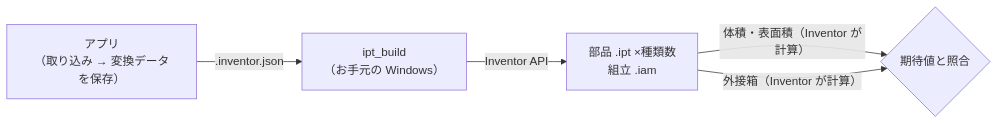
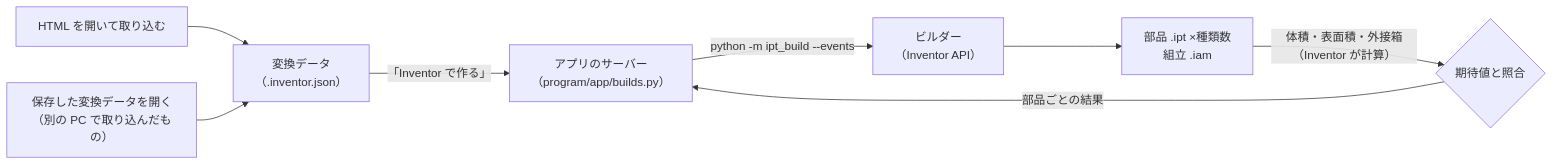
Before and after one commit to satoshi-hello-vlioilv/Inventor: the diagram in docs/inventor-builder.md, drawn with Mermaid. The commit also changed other lines of this file and 33 other files, not shown here.

First line of the commit message:
Build in Inventor from the app, and open conversion data in it

````diff
--- a/docs/inventor-builder.md
+++ b/docs/inventor-builder.md
@@ -5,7 +5,10 @@
 ```mermaid
 flowchart LR
-  A["アプリ<br/>（取り込み → 変換データを保存）"] -- ".inventor.json" --> B["ipt_build<br/>（お手元の Windows）"]
-  B -- "Inventor API" --> C["部品 .ipt ×種類数<br/>組立 .iam"]
-  C -- "体積・表面積（Inventor が計算）" --> D{"期待値と照合"}
-  C -- "外接箱（Inventor が計算）" --> D
+  H["HTML を開いて取り込む"] --> SPEC["変換データ<br/>（.inventor.json）"]
+  J["保存した変換データを開く<br/>（別の PC で取り込んだもの）"] --> SPEC
+  SPEC -- "「Inventor で作る」" --> SRV["アプリのサーバー<br/>（program/app/builds.py）"]
+  SRV -- "python -m ipt_build --events" --> B["ビルダー<br/>（Inventor API）"]
+  B --> C["部品 .ipt ×種類数<br/>組立 .iam"]
+  C -- "体積・表面積・外接箱（Inventor が計算）" --> D{"期待値と照合"}
+  D -- "部品ごとの結果" --> SRV
 ```
````
